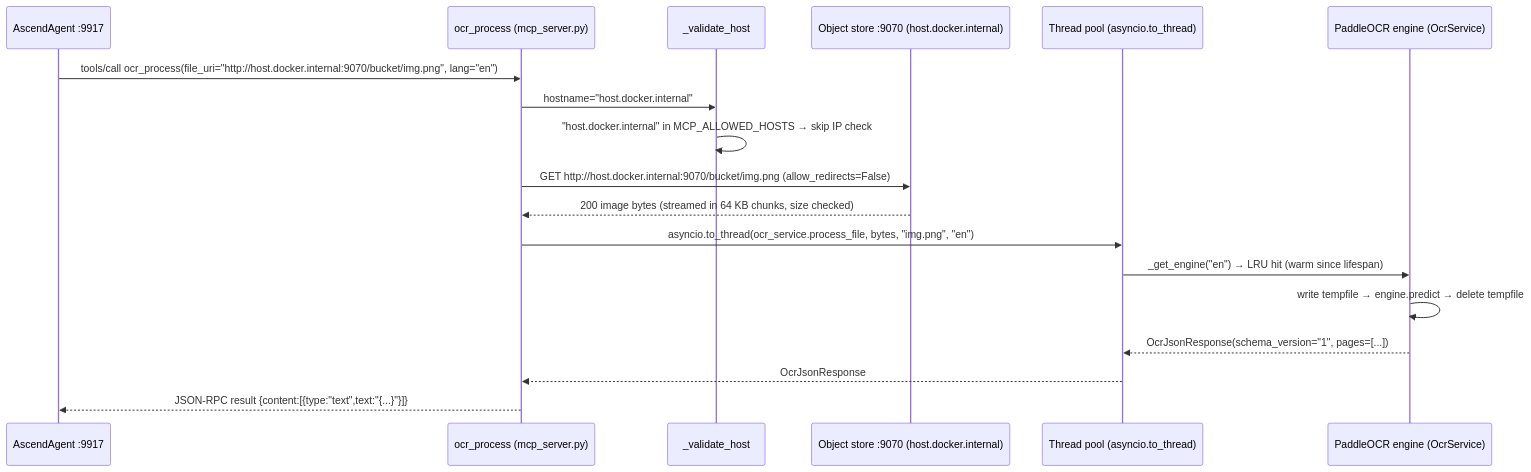
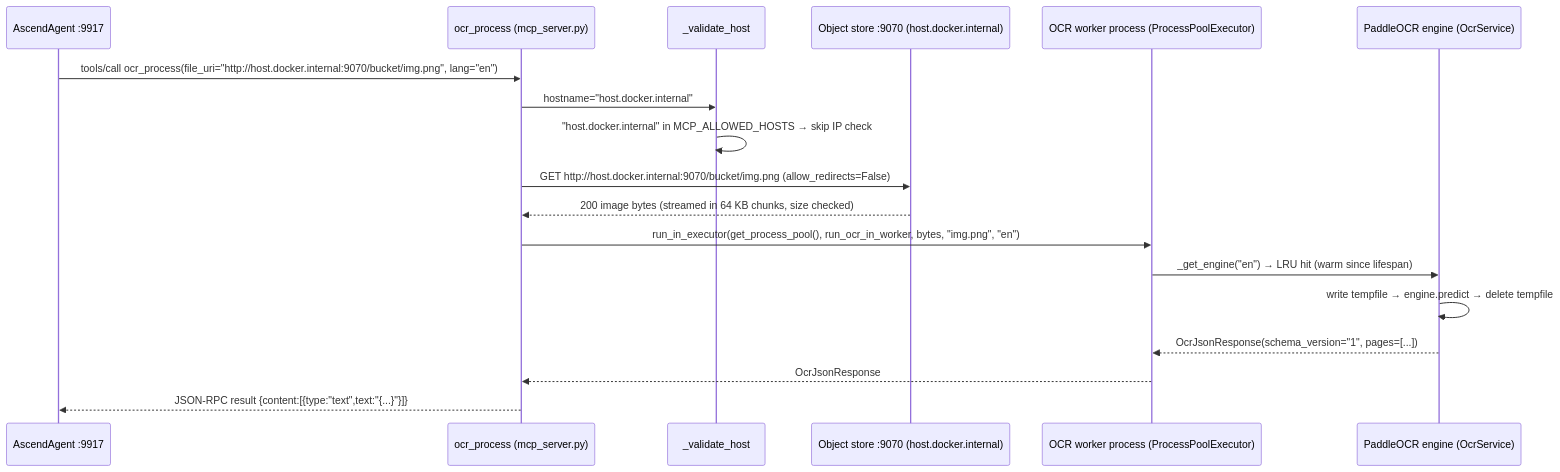
Before and after one commit to Lukk17/AscendAI: the second of 2 diagrams in PaddleOCR/docs/architecture/diagrams/container-diagram.md, drawn with Mermaid. The commit also changed 30 other files, not shown here.

````diff
--- a/PaddleOCR/docs/architecture/diagrams/container-diagram.md
+++ b/PaddleOCR/docs/architecture/diagrams/container-diagram.md
@@ -47,24 +47,24 @@
 ```mermaid
 sequenceDiagram
     accTitle: MCP ocr_process happy path via the S3-compatible object store
     accDescr: Shows the full call chain from AscendAgent through the SSRF guard, the object-store download, and the OCR engine.
 
     participant Agent as AscendAgent :9917
     participant MCP as ocr_process (mcp_server.py)
     participant Guard as _validate_host
     participant ObjectStore as Object store :9070 (host.docker.internal)
-    participant Thread as Thread pool (asyncio.to_thread)
+    participant Pool as OCR worker process (ProcessPoolExecutor)
     participant Engine as PaddleOCR engine (OcrService)
 
     Agent->>MCP: tools/call ocr_process(file_uri="http://host.docker.internal:9070/bucket/img.png", lang="en")
     MCP->>Guard: hostname="host.docker.internal"
     Guard->>Guard: "host.docker.internal" in MCP_ALLOWED_HOSTS → skip IP check
     MCP->>ObjectStore: GET http://host.docker.internal:9070/bucket/img.png (allow_redirects=False)
     ObjectStore-->>MCP: 200 image bytes (streamed in 64 KB chunks, size checked)
-    MCP->>Thread: asyncio.to_thread(ocr_service.process_file, bytes, "img.png", "en")
-    Thread->>Engine: _get_engine("en") → LRU hit (warm since lifespan)
+    MCP->>Pool: run_in_executor(get_process_pool(), run_ocr_in_worker, bytes, "img.png", "en")
+    Pool->>Engine: _get_engine("en") → LRU hit (warm since lifespan)
     Engine->>Engine: write tempfile → engine.predict → delete tempfile
-    Engine-->>Thread: OcrJsonResponse(schema_version="1", pages=[...])
-    Thread-->>MCP: OcrJsonResponse
+    Engine-->>Pool: OcrJsonResponse(schema_version="1", pages=[...])
+    Pool-->>MCP: OcrJsonResponse
     MCP-->>Agent: JSON-RPC result {content:[{type:"text",text:"{...}"}]}
 ```
````
